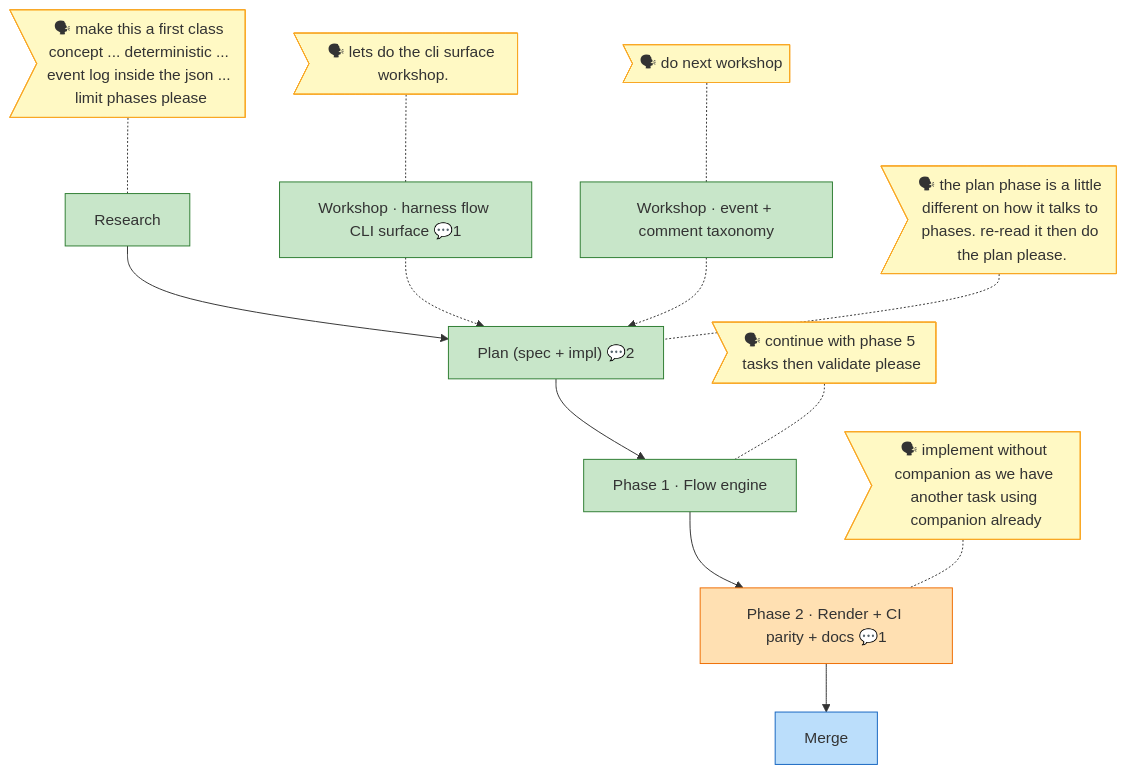
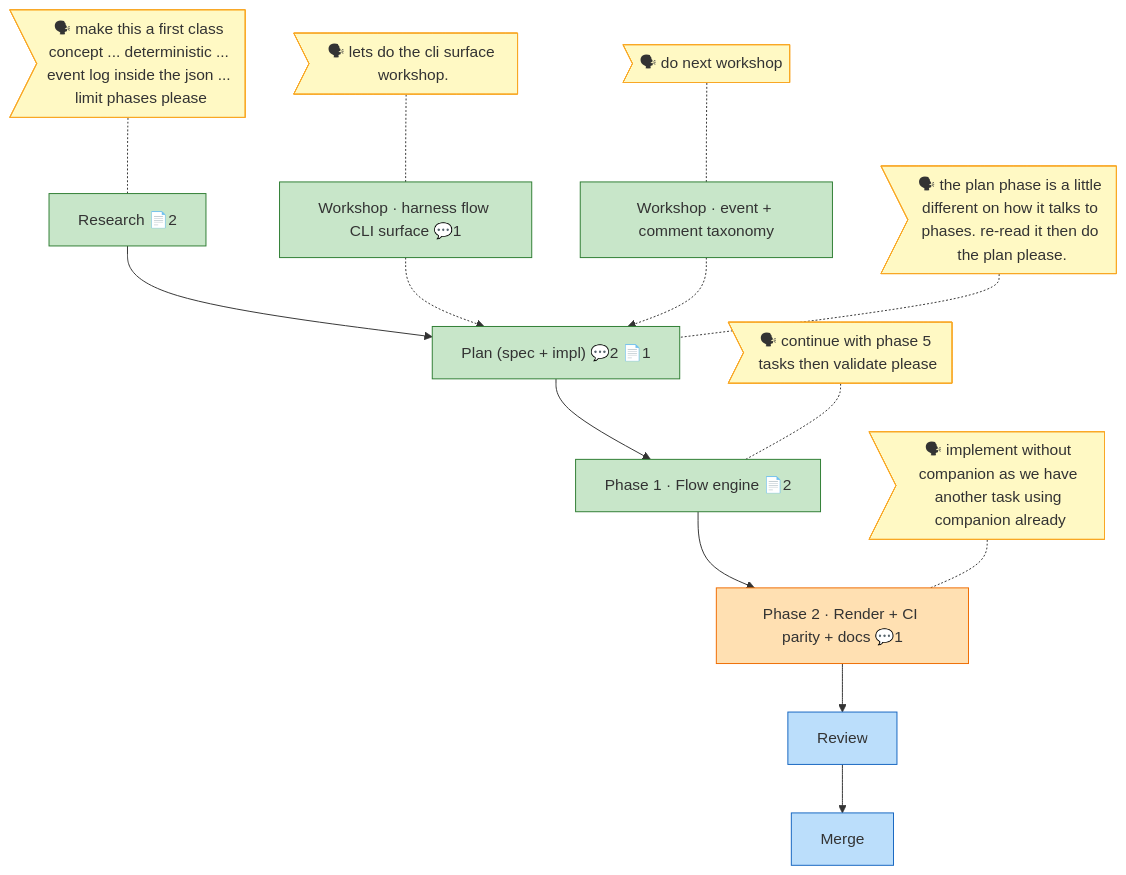
One commit to AI-Substrate/harness-engineering changed the diagram in harness/cli/test/services/flow/fixtures/render/flight-plan-024.md. Above: the diagram before and after it, drawn with Mermaid. The commit also changed other lines of this file and 7 other files, not shown here.

First line of the commit message:
fix(024): topological flow rail + node artifacts surface

````diff
--- a/harness/cli/test/services/flow/fixtures/render/flight-plan-024.md
+++ b/harness/cli/test/services/flow/fixtures/render/flight-plan-024.md
@@ -8,43 +8,45 @@
 ```mermaid
 flowchart TD
-    research["Research"]:::done
-    plan["Plan (spec + impl) 💬2"]:::done
-    p1["Phase 1 · Flow engine"]:::done
+    research["Research 📄2"]:::done
+    plan["Plan (spec + impl) 💬2 📄1"]:::done
+    p1["Phase 1 · Flow engine 📄2"]:::done
     p2["Phase 2 · Render + CI parity + docs 💬1"]:::wip
     merge["Merge"]:::known
+    review["Review"]:::known
 
     research --> plan
     plan --> p1
     p1 --> p2
-    p2 --> merge
+    p2 --> review
+    review --> merge
 
     ws_cli["Workshop · harness flow CLI surface 💬1"]:::done
     ws_events["Workshop · event + comment taxonomy"]:::done
     ws_cli -.-> plan
     ws_events -.-> plan
 
     say_research>"🗣 make this a first class concept ... deterministic ... event log inside the json ... limit phases please"]:::said
     say_research -.- research
     say_plan>"🗣 the plan phase is a little different on how it talks to phases. re-read it then do the plan please."]:::said
     say_plan -.- plan
     say_p1>"🗣 continue with phase 5 tasks then validate please"]:::said
     say_p1 -.- p1
     say_p2>"🗣 implement without companion as we have another task using companion already"]:::said
     say_p2 -.- p2
     say_ws_cli>"🗣 lets do the cli surface workshop."]:::said
     say_ws_cli -.- ws_cli
     say_ws_events>"🗣 do next workshop"]:::said
     say_ws_events -.- ws_events
 
     classDef done fill:#C8E6C9,stroke:#2E7D32;
     classDef wip fill:#FFE0B2,stroke:#EF6C00;
     classDef blocked fill:#FFCDD2,stroke:#C62828;
     classDef known fill:#BBDEFB,stroke:#1565C0;
     classDef assumed fill:#ECEFF1,stroke:#90A4AE,stroke-dasharray:5 3;
     classDef said fill:#FFF9C4,stroke:#F9A825;
     classDef harness fill:#EDE7F6,stroke:#673AB7;
     classDef decision fill:#FFF3E0,stroke:#FB8C00,stroke-dasharray:2 2;
     classDef companion fill:#D1C4E9,stroke:#5E35B1;
     classDef worker fill:#B2DFDB,stroke:#00897B;
     classDef unknown fill:#FAFAFA,stroke:#BDBDBD,stroke-dasharray:1 4;
 ```
````
